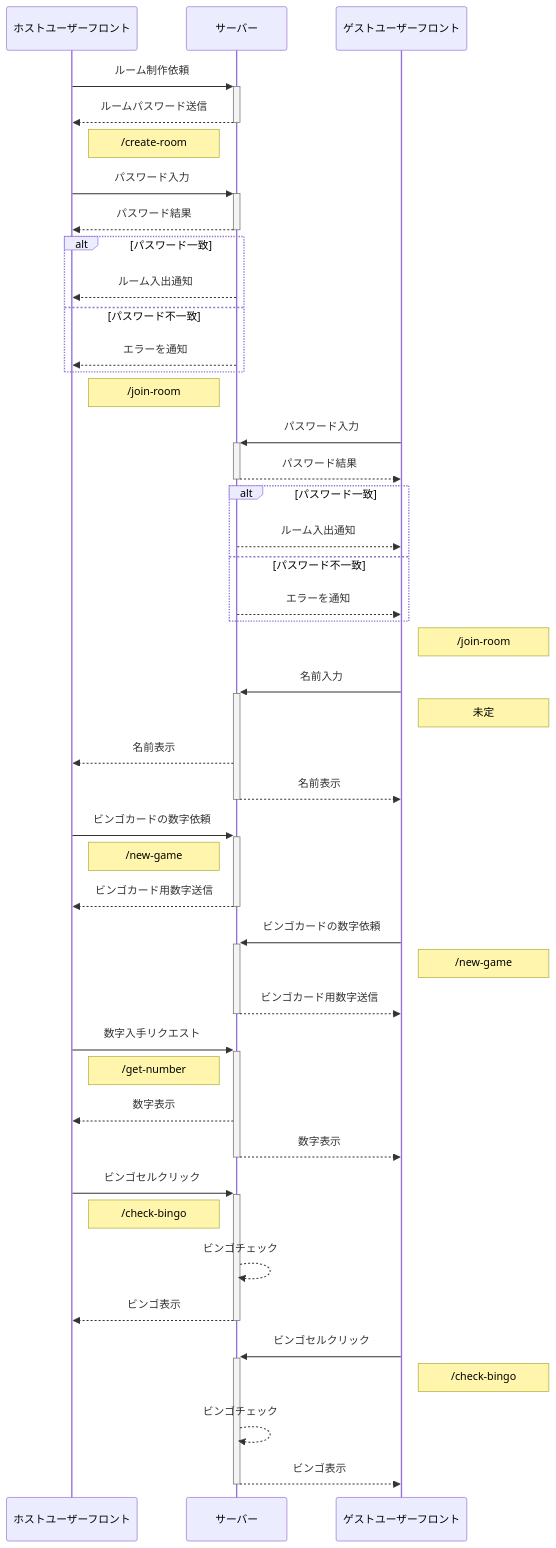
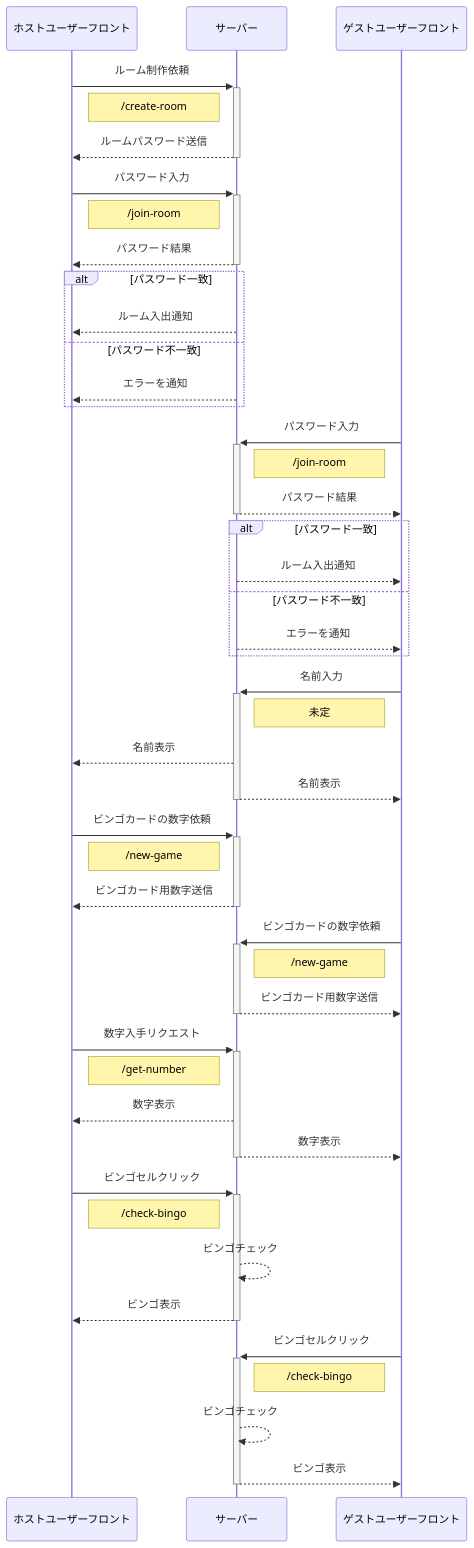
The diagram in README.md (MizugutiK/Bingo), drawn with Mermaid before and after one commit.

````diff
--- a/README.md
+++ b/README.md
@@ -4,55 +4,55 @@
 ```mermaid
 sequenceDiagram;
 participant ホストユーザーフロント
 participant サーバー
 participant ゲストユーザーフロント
 
 ホストユーザーフロント  ->>+     サーバー:ルーム制作依頼
+Note right of ホストユーザーフロント:/create-room
 サーバー               -->>-     ホストユーザーフロント:ルームパスワード送信
-Note right of ホストユーザーフロント:/create-room
 
 ホストユーザーフロント  ->>+     サーバー:パスワード入力
+Note right of ホストユーザーフロント:/join-room
 サーバー               -->>-     ホストユーザーフロント:パスワード結果
 alt パスワード一致　
 サーバー　-->>  ホストユーザーフロント:ルーム入出通知
 else パスワード不一致
 サーバー -->>   ホストユーザーフロント:エラーを通知
 end
-Note right of ホストユーザーフロント:/join-room
 
 ゲストユーザーフロント  ->>+     サーバー:パスワード入力
+Note left of ゲストユーザーフロント:/join-room
 サーバー               -->>-     ゲストユーザーフロント:パスワード結果
 alt パスワード一致　
 サーバー　-->>  ゲストユーザーフロント:ルーム入出通知
 else パスワード不一致
 サーバー -->>   ゲストユーザーフロント:エラーを通知
 end
-Note right of ゲストユーザーフロント:/join-room
 
 ゲストユーザーフロント  ->>+     サーバー:名前入力
-Note right of ゲストユーザーフロント:未定
+Note left of ゲストユーザーフロント:未定
 サーバー               -->>      ホストユーザーフロント:名前表示
 サーバー               -->>-      ゲストユーザーフロント:名前表示
 
 ホストユーザーフロント  ->>+     サーバー:ビンゴカードの数字依頼
 Note right of ホストユーザーフロント:/new-game
 サーバー               -->>-     ホストユーザーフロント:ビンゴカード用数字送信
 ゲストユーザーフロント  ->>+     サーバー:ビンゴカードの数字依頼
-Note right of ゲストユーザーフロント:/new-game
+Note left of ゲストユーザーフロント:/new-game
 サーバー               -->>-     ゲストユーザーフロント:ビンゴカード用数字送信
 
 ホストユーザーフロント  ->>+     サーバー:数字入手リクエスト
 Note right of ホストユーザーフロント:/get-number
 サーバー               -->>     ホストユーザーフロント:数字表示
 サーバー               -->>-     ゲストユーザーフロント:数字表示
 
 ホストユーザーフロント  ->>+     サーバー:ビンゴセルクリック
 Note right of ホストユーザーフロント:/check-bingo
 サーバー               -->>     サーバー:ビンゴチェック
 サーバー               -->>-     ホストユーザーフロント:ビンゴ表示
 
 ゲストユーザーフロント  ->>+     サーバー:ビンゴセルクリック
-Note right of ゲストユーザーフロント:/check-bingo
+Note left of ゲストユーザーフロント:/check-bingo
 サーバー               -->>     サーバー:ビンゴチェック
 サーバー               -->>-     ゲストユーザーフロント:ビンゴ表示
 ```
````
